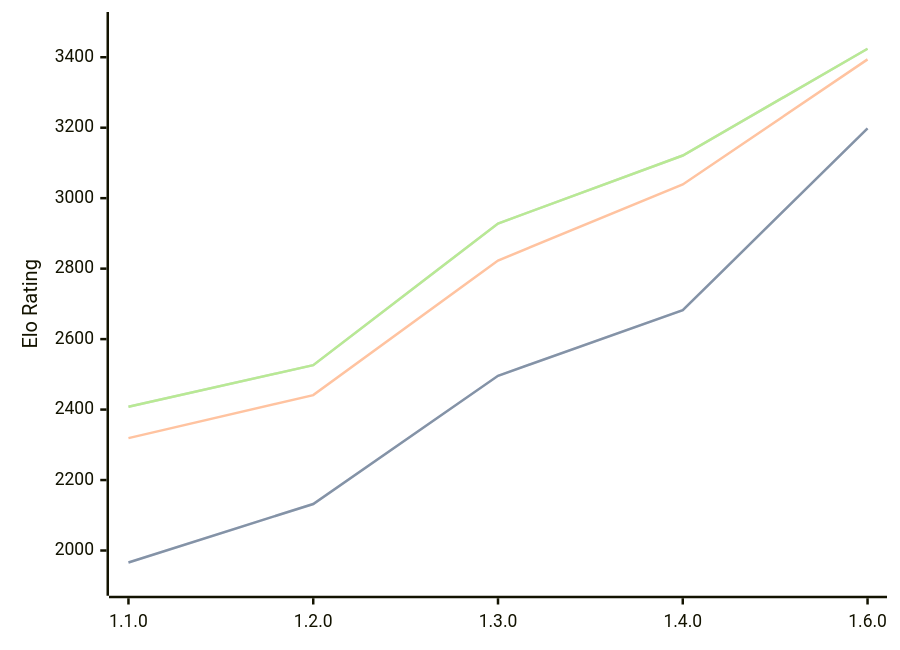
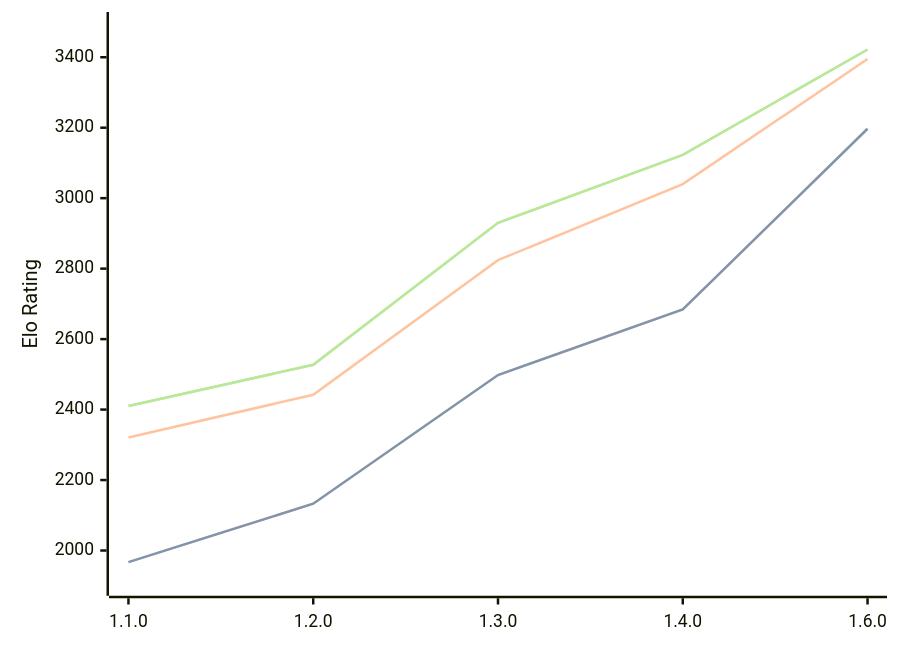
One commit to computer-chess-index/cci changed the diagram in engines/Gyatso.md. Above: the diagram before and after it, drawn with Mermaid. The commit also changed other lines of this file, not shown here.

Commit message:
Update CCI Ratings (ELO VLTC) - 2026-10-09

````diff
--- a/engines/Gyatso.md
+++ b/engines/Gyatso.md
@@ -37,11 +37,11 @@
 ```mermaid
 %%{init: {"theme":"base","themeVariables":{"seriesColors:['#a3a3a3','#222221','#faa371']}}}%%
 xychart-beta
   x-axis ["1.1.0", "1.2.0", "1.3.0", "1.4.0", "1.6.0"]
   y-axis "Elo Rating" 1900 --> 3500
-  line "" [1966, 2132, 2496, 2682, 3198]
-  line "STC (8.0+0.08s)" [1966, 2132, 2496, 2682, 3198]
-  line "LTC (60.0+0.60s)" [2319, 2441, 2823, 3039, 3394]
-  line "" [2408, 2526, 2928, 3121, 3424]
-  line "VLTC (2m24s+1.12s)" [2408, 2526, 2928, 3121, 3424]
+  line "" [1967, 2133, 2498, 2684, 3197]
+  line "STC (8.0+0.08s)" [1967, 2133, 2498, 2684, 3197]
+  line "LTC (60.0+0.60s)" [2321, 2442, 2824, 3040, 3395]
+  line "" [2410, 2527, 2930, 3123, 3422]
+  line "VLTC (2m24s+1.12s)" [2410, 2527, 2930, 3123, 3422]
 ```
````
